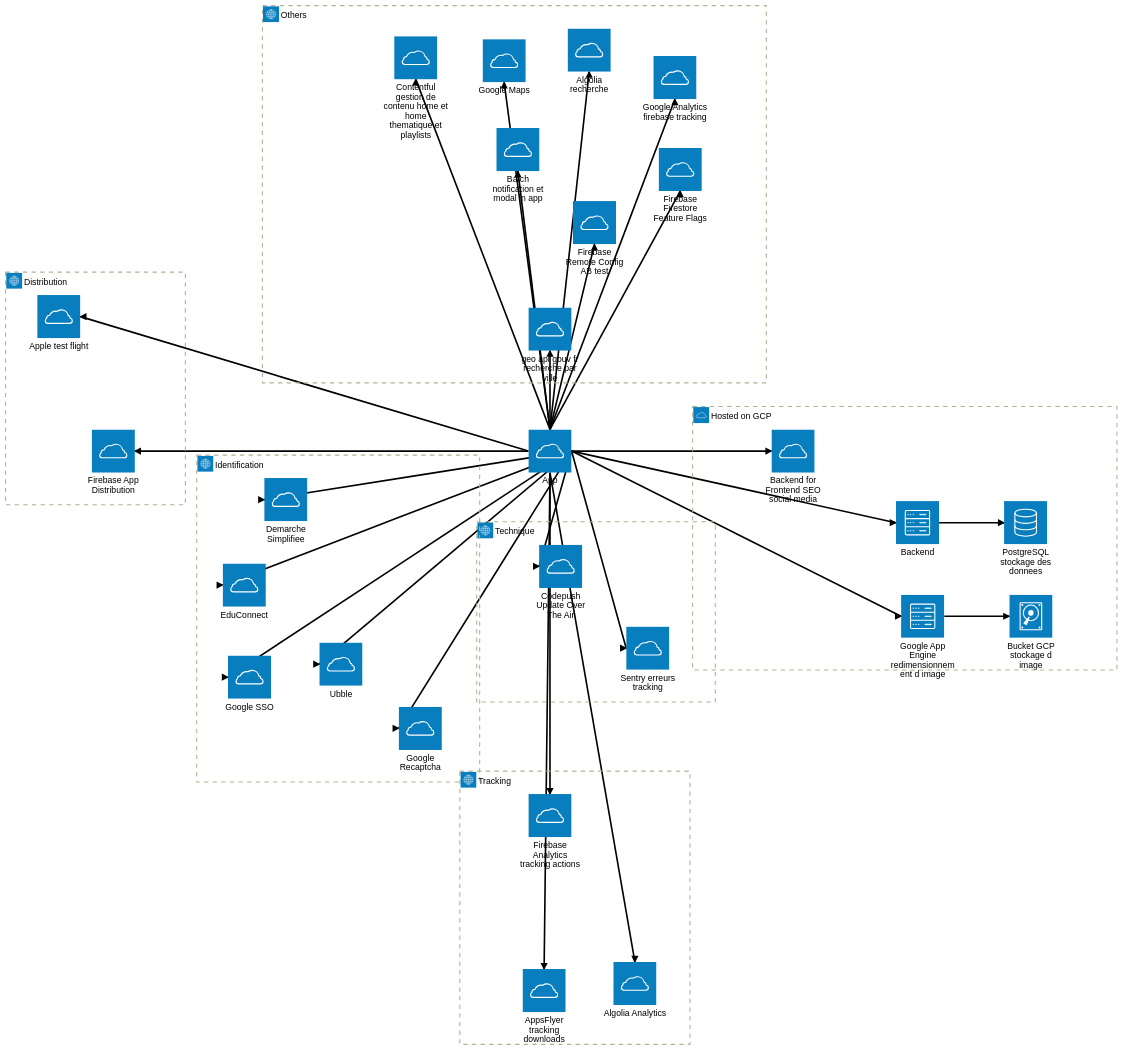
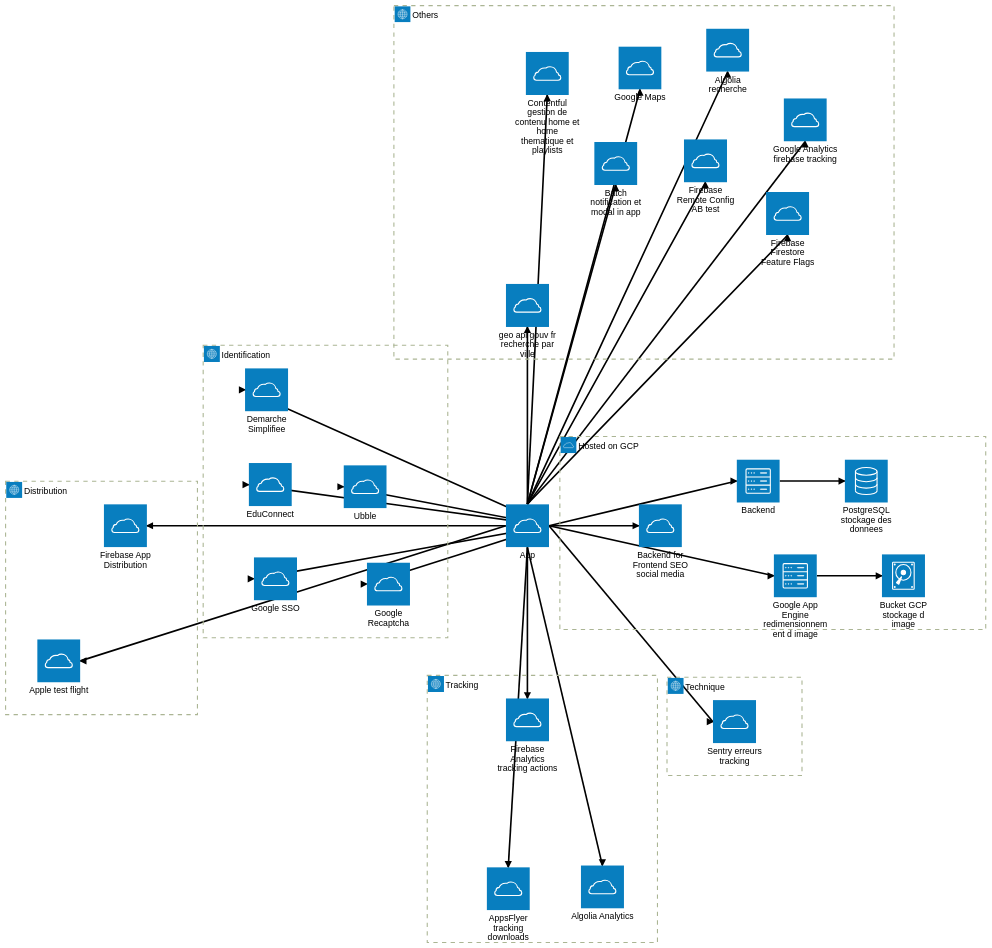
The second of 2 diagrams in doc/architecture/2_input-output-externe.md (pass-culture/pass-culture-app-native), drawn with Mermaid (forest theme) before and after one commit. The commit also changed other lines of this file and 29 other files, not shown here.

````diff
--- a/doc/architecture/2_input-output-externe.md
+++ b/doc/architecture/2_input-output-externe.md
@@ -49,75 +48,73 @@
 ```mermaid
 architecture-beta
   group technique(internet)[Technique]
   group distribution(internet)[Distribution]
   group identification(internet)[Identification]
   group tracking(internet)[Tracking]
   group hosted_on_GCP(cloud)[Hosted on GCP]
   group others(internet)[Others]
 
   service App(cloud)[App]
 
   service Google_Recaptcha(cloud)[Google Recaptcha] in identification
   service Ubble(cloud)[Ubble] in identification
   service Google(cloud)[Google SSO] in identification
   service Educonnect(cloud)[EduConnect] in identification
   service DMS(cloud)[Demarche Simplifiee] in identification
 
   App:R --> L:Google_Recaptcha
   App:R --> L:Ubble
   App:R --> L:Google
   App:R --> L:Educonnect
   App:R --> L:DMS
 
   service Algolia_Analytics(cloud)[Algolia Analytics] in tracking
   service AppsFlyer(cloud)[AppsFlyer tracking downloads] in tracking
   service Firebase_Analytics(cloud)[Firebase Analytics tracking actions] in tracking
 
   App:B --> T:Algolia_Analytics
   App:B --> T:AppsFlyer
   App:B --> T:Firebase_Analytics
 
   service Sentry(cloud)[Sentry erreurs tracking] in technique
-  service Codepush(cloud)[Codepush Update Over The Air] in technique
 
   App:R --> L:Sentry
-  App:R --> L:Codepush
 
   service Apple_TestFlight(cloud)[Apple test flight] in distribution
   service Firebase_App_Distribution(cloud)[Firebase App Distribution] in distribution
 
   App:L --> R:Apple_TestFlight
   App:L --> R:Firebase_App_Distribution
 
   service Firebase_Firestore(cloud)[Firebase Firestore Feature Flags] in others
   service Firebase_Remote_Config(cloud)[Firebase Remote Config AB test] in others
   service Google_Analytics(cloud)[Google Analytics firebase tracking] in others
   service Algolia(cloud)[Algolia recherche] in others
   service batch(cloud)[Batch notification et modal in app] in others
   service Google_Maps(cloud)[Google Maps] in others
   service Contentful(cloud)[Contentful gestion de contenu home et home thematique et playlists] in others
   service geo_api_gouv(cloud)[geo api gouv fr recherche par ville] in others
 
   App:T --> B:Firebase_Firestore
   App:T --> B:Firebase_Remote_Config
   App:T --> B:Google_Analytics
   App:T --> B:Algolia
   App:T --> B:batch
   App:T --> B:Google_Maps
   App:T --> B:Contentful
   App:T --> B:geo_api_gouv
 
   service image_resize(server)[Google App Engine redimensionnement d image] in hosted_on_GCP
   service bucket_image(disk)[Bucket GCP stockage d image] in hosted_on_GCP
   App:R --> L:image_resize
   image_resize:R --> L:bucket_image
 
   service backend(server)[Backend] in hosted_on_GCP
   service Postgresql(database)[PostgreSQL stockage des donnees] in hosted_on_GCP
 
   App:R --> L:backend
   backend:R --> L:Postgresql
 
   service bff(cloud)[Backend for Frontend SEO social media] in hosted_on_GCP
   App:R --> L:bff
 ```
````
